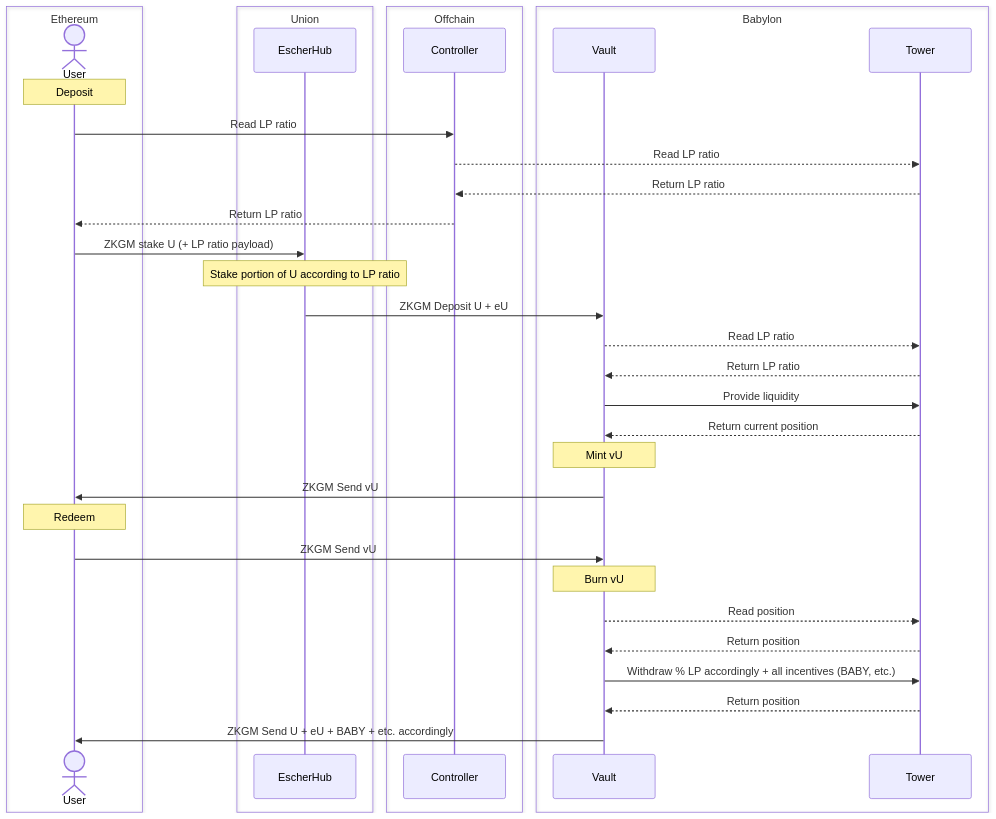
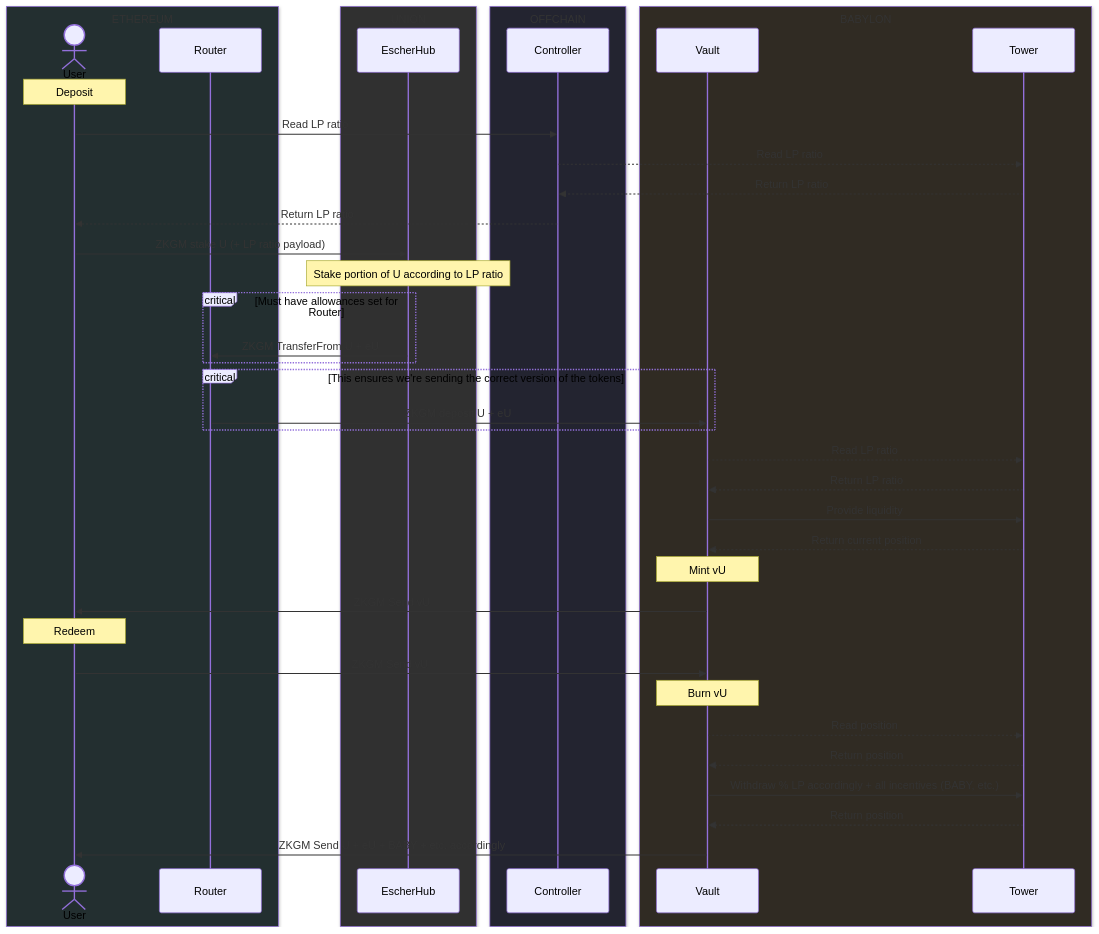
The diagram in contracts/cw4626-escher/README.md (Escher-finance/escher-vault), drawn with Mermaid before and after one commit.

Commit message:
chore: improve diagram

````diff
--- a/contracts/cw4626-escher/README.md
+++ b/contracts/cw4626-escher/README.md
@@ -1,40 +1,46 @@
 ```mermaid
 sequenceDiagram
-    box Ethereum
+    box rgb(35, 47, 48) ETHEREUM
     actor User
+    participant Router
     end
-    box Union
+    box rgb(48, 48, 48) UNION
     participant EscherHub
     end
-    box Offchain
+    box rgb(35, 36, 48) OFFCHAIN
     participant Controller
     end
-    box Babylon
+    box rgb(48, 43, 35) BABYLON
     participant Vault
     participant Tower
     end
 
     Note over User: Deposit
     User->>Controller: Read LP ratio
     Controller-->>Tower: Read LP ratio
     Tower-->>Controller: Return LP ratio
     Controller-->>User: Return LP ratio
     User->>EscherHub: ZKGM stake U (+ LP ratio payload)
     Note over EscherHub: Stake portion of U according to LP ratio
-    EscherHub->>Vault: ZKGM Deposit U + eU
+    critical Must have allowances set for Router
+    EscherHub->>Router: ZKGM TransferFrom U + eU
+    end
+    critical This ensures we're sending the correct version of the tokens
+    Router->>Vault: ZKGM deposit U + eU
+    end
     Vault-->>Tower: Read LP ratio
     Tower-->>Vault: Return LP ratio
     Vault->>Tower: Provide liquidity
     Tower-->>Vault: Return current position
     Note over Vault: Mint vU
     Vault->>User: ZKGM Send vU
 
     Note over User: Redeem
     User->>Vault: ZKGM Send vU
     Note over Vault: Burn vU
     Vault-->>Tower: Read position
     Tower-->>Vault: Return position
     Vault->>Tower: Withdraw % LP accordingly + all incentives (BABY, etc.)
     Tower-->>Vault: Return position
     Vault->>User: ZKGM Send U + eU + BABY + etc. accordingly
 ```
````
